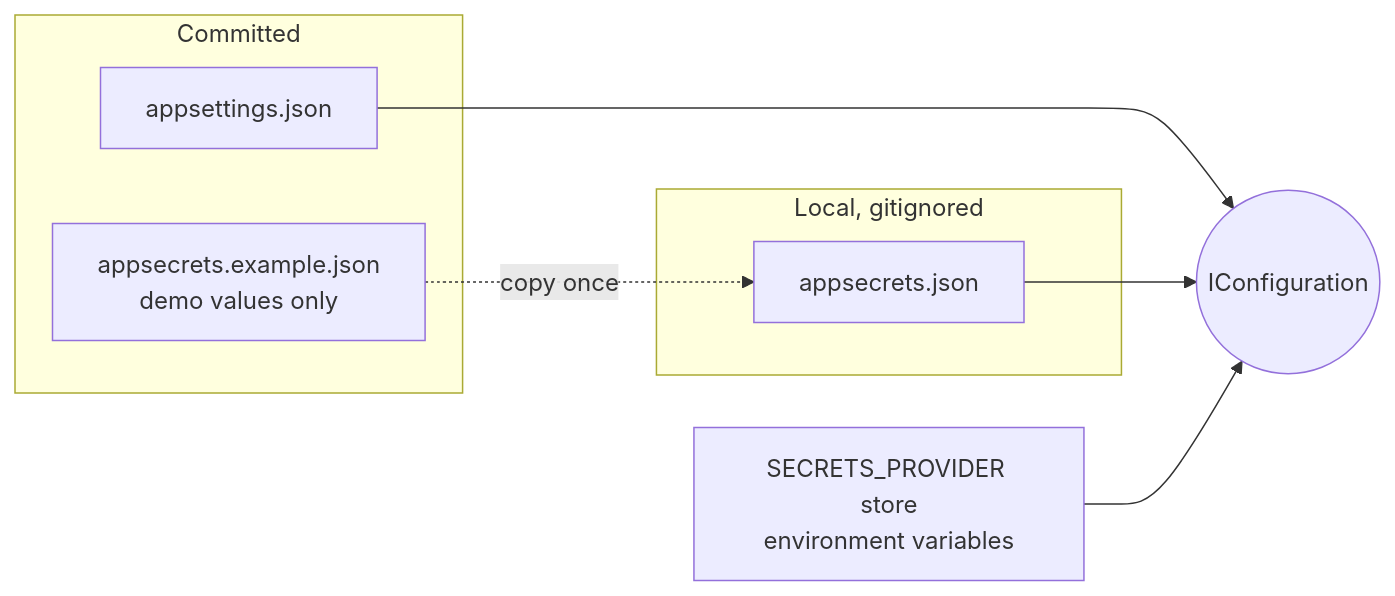
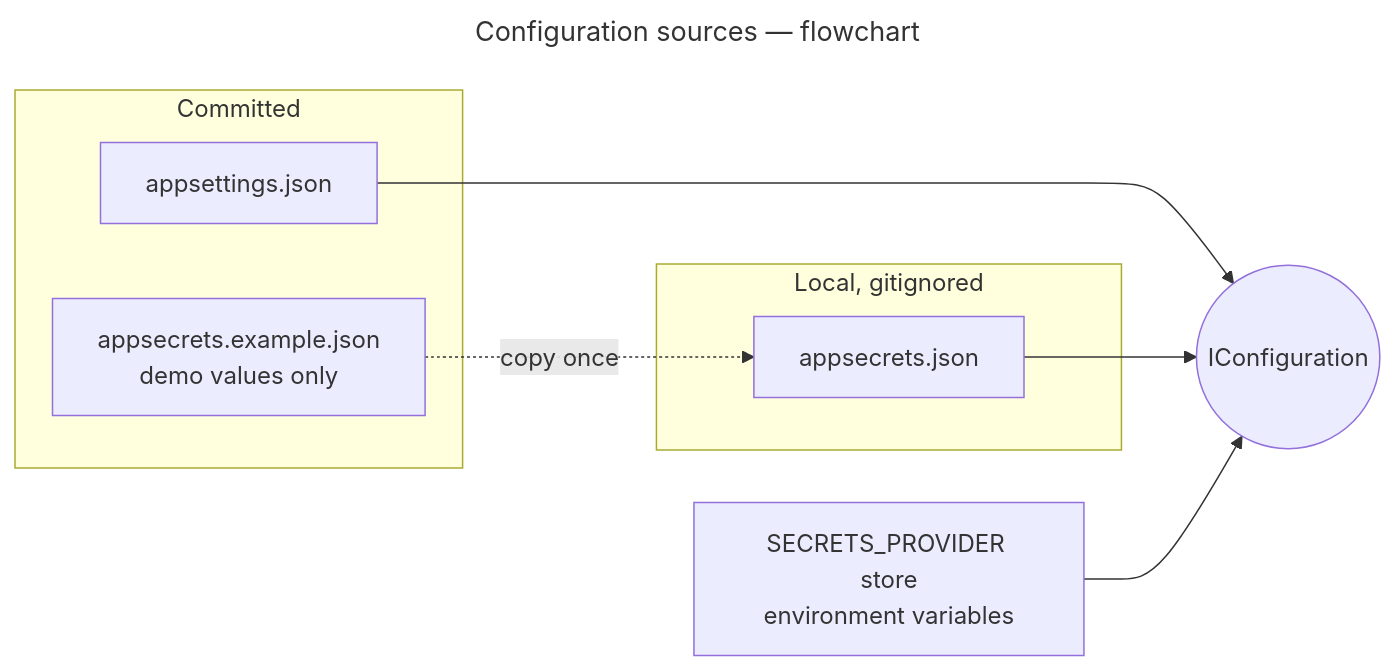
The diagram in docs/configuration.md (gmetskhvarishvili/GM.FileStorage.Samples), drawn with Mermaid before and after one commit. The commit also changed other lines of this file and 7 other files, not shown here.

First line of the commit message:
docs: name every diagram "subject — kind" and index them

````diff
--- a/docs/configuration.md
+++ b/docs/configuration.md
@@ -7,17 +12,20 @@
 ```mermaid
+---
+title: Configuration sources — flowchart
+---
 flowchart LR
     subgraph committed[Committed]
         a1[appsettings.json]
         a2[appsecrets.example.json<br/>demo values only]
     end
     subgraph local[Local, gitignored]
         s1[appsecrets.json]
     end
     env[SECRETS_PROVIDER store<br/>environment variables]
     cfg((IConfiguration))
 
     a2 -. copy once .-> s1
     a1 --> cfg
     s1 --> cfg
     env --> cfg
 ```
````
